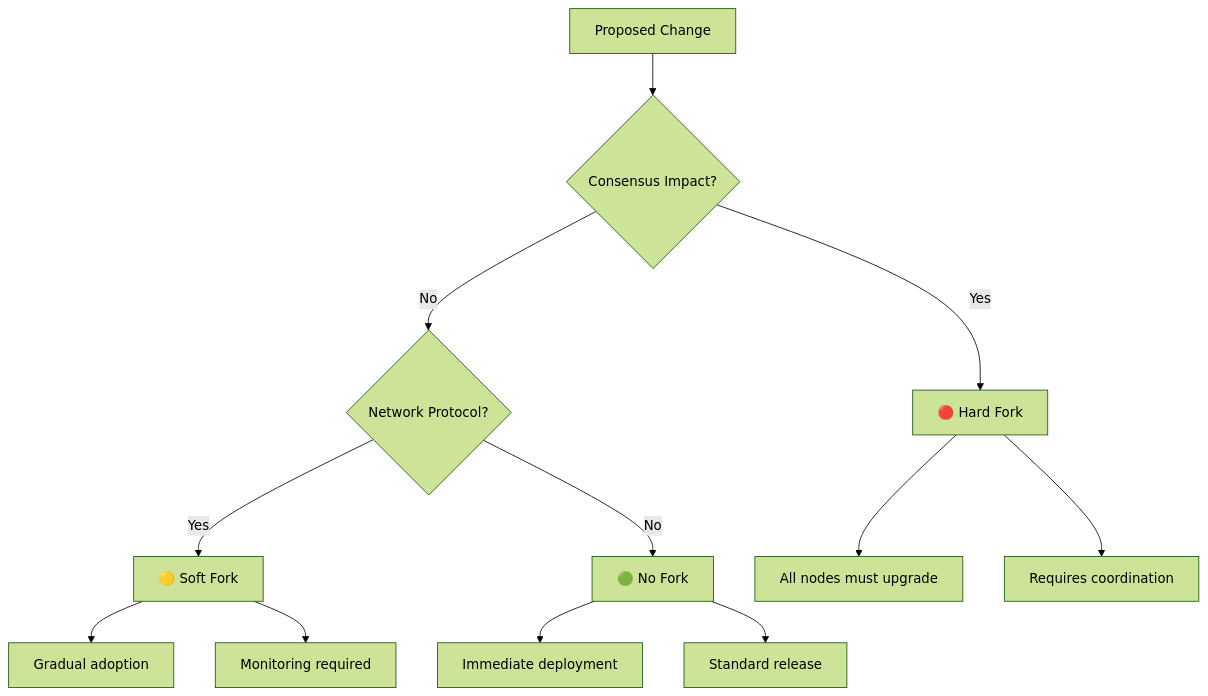
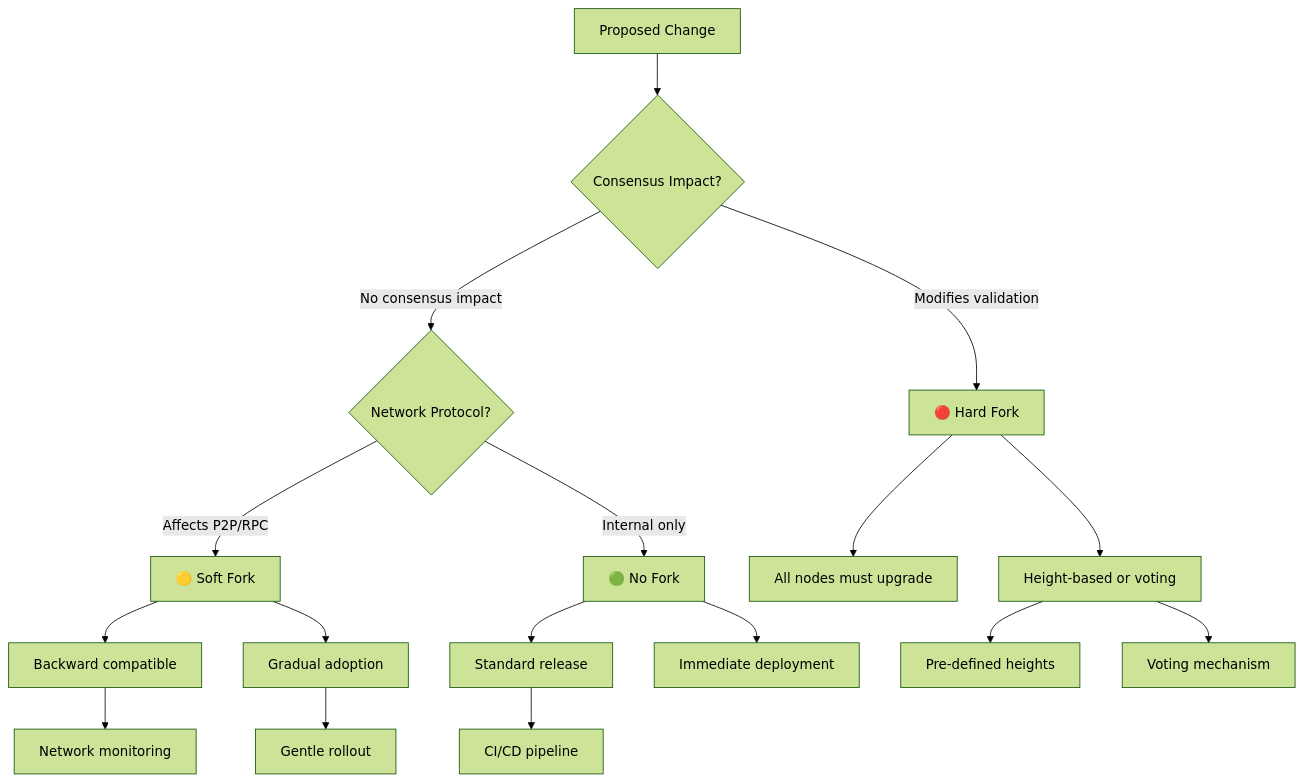
Before and after one commit to usexfg/fuego-suite: the first of 29 diagrams in FORK_CLASSIFICATION.md, drawn with Mermaid (forest theme). The commit also changed other lines of this file and 64 other files, not shown here.

````diff
--- a/FORK_CLASSIFICATION.md
+++ b/FORK_CLASSIFICATION.md
@@ -24,16 +28,21 @@
 ```mermaid
 graph TD
     A[Proposed Change] --> B{Consensus Impact?}
-    B -->|Yes| C[🔴 Hard Fork]
-    B -->|No| D{Network Protocol?}
-    D -->|Yes| E[🟡 Soft Fork]
-    D -->|No| F[🟢 No Fork]
+    B -->|Modifies validation| C[🔴 Hard Fork]
+    B -->|No consensus impact| D{Network Protocol?}
+    D -->|Affects P2P/RPC| E[🟡 Soft Fork]
+    D -->|Internal only| F[🟢 No Fork]
     
     C --> G[All nodes must upgrade]
-    E --> H[Gradual adoption]
-    F --> I[Immediate deployment]
+    C --> H[Height-based or voting]
+    E --> I[Backward compatible]
+    E --> J[Gradual adoption]
+    F --> K[Standard release]
+    F --> L[Immediate deployment]
     
-    C --> J[Requires coordination]
-    E --> K[Monitoring required]
-    F --> L[Standard release]
+    H --> M[Pre-defined heights]
+    H --> N[Voting mechanism]
+    I --> O[Network monitoring]
+    J --> P[Gentle rollout]
+    K --> Q[CI/CD pipeline]
 ```
````
